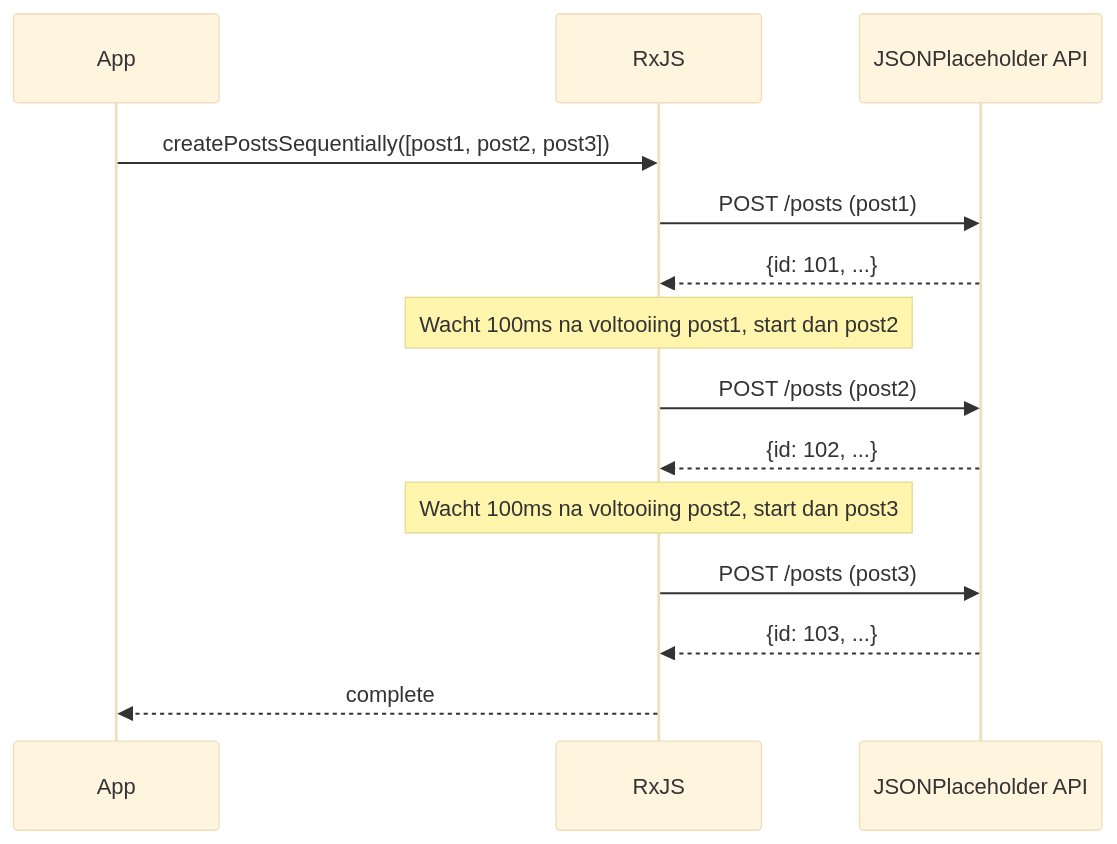
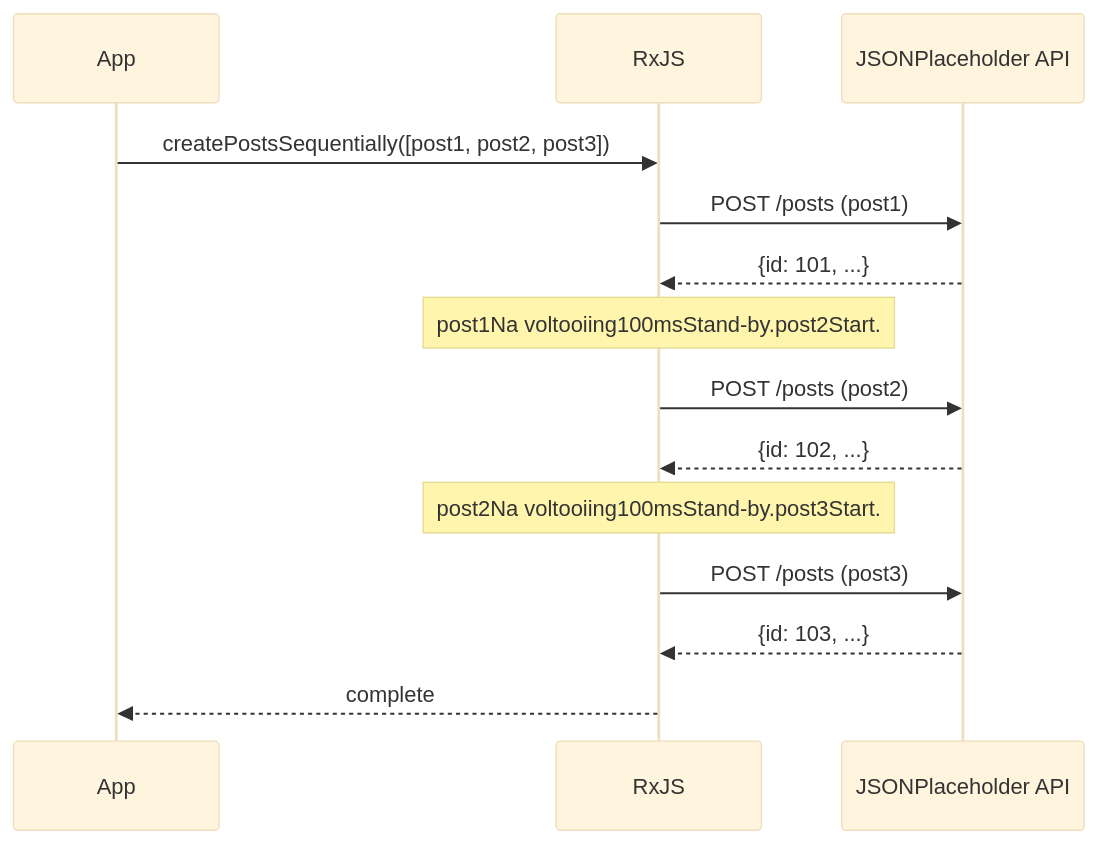
One commit to shuji-bonji/RxJS-with-TypeScript changed the second of 2 diagrams in docs/nl/guide/practical-patterns/api-calls.md. Above: the diagram before and after it, drawn with Mermaid (base theme). The commit also changed other lines of this file and 61 other files, not shown here.

````diff
--- a/docs/nl/guide/practical-patterns/api-calls.md
+++ b/docs/nl/guide/practical-patterns/api-calls.md
@@ -425,21 +642,21 @@
 ```mermaid
 sequenceDiagram
     participant App
     participant RxJS
     participant API as JSONPlaceholder API
 
     App->>RxJS: createPostsSequentially([post1, post2, post3])
 
     RxJS->>API: POST /posts (post1)
     API-->>RxJS: {id: 101, ...}
-    Note over RxJS: Wacht 100ms na voltooiing post1, start dan post2
+    Note over RxJS: post1Na voltooiing100msStand-by.post2Start.
 
     RxJS->>API: POST /posts (post2)
     API-->>RxJS: {id: 102, ...}
-    Note over RxJS: Wacht 100ms na voltooiing post2, start dan post3
+    Note over RxJS: post2Na voltooiing100msStand-by.post3Start.
 
     RxJS->>API: POST /posts (post3)
     API-->>RxJS: {id: 103, ...}
 
     RxJS-->>App: complete
 ```
````
